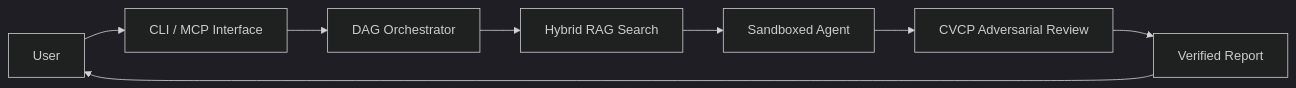
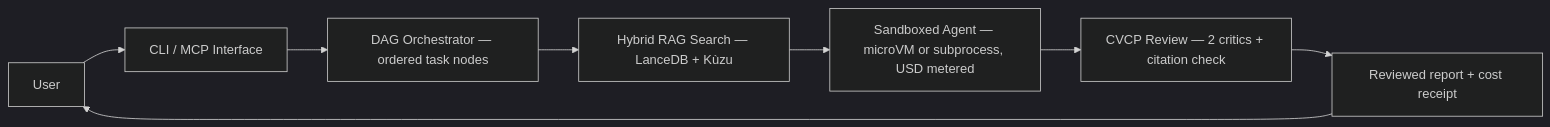
Before and after one commit to MattCreigh/beagle: the diagram in README.md, drawn with Mermaid (dark theme). The commit also changed other lines of this file, not shown here.

````diff
--- a/README.md
+++ b/README.md
@@ -327,10 +327,10 @@
 ```mermaid
 flowchart LR
-    User[User] --> CLI[CLI / MCP Interface]
-    CLI --> Engine[DAG Orchestrator]
-    Engine --> Search[Hybrid RAG Search]
-    Search --> Sandbox[Sandboxed Agent]
-    Sandbox --> Review[CVCP Adversarial Review]
-    Review --> Result[Verified Report]
+    User[User] --> CLI["CLI / MCP Interface"]
+    CLI --> Engine["DAG Orchestrator — ordered task nodes"]
+    Engine --> Search["Hybrid RAG Search — LanceDB + Kùzu"]
+    Search --> Sandbox["Sandboxed Agent — microVM or subprocess, USD metered"]
+    Sandbox --> Review["CVCP Review — 2 critics + citation check"]
+    Review --> Result["Reviewed report + cost receipt"]
     Result --> User
 ```
````
